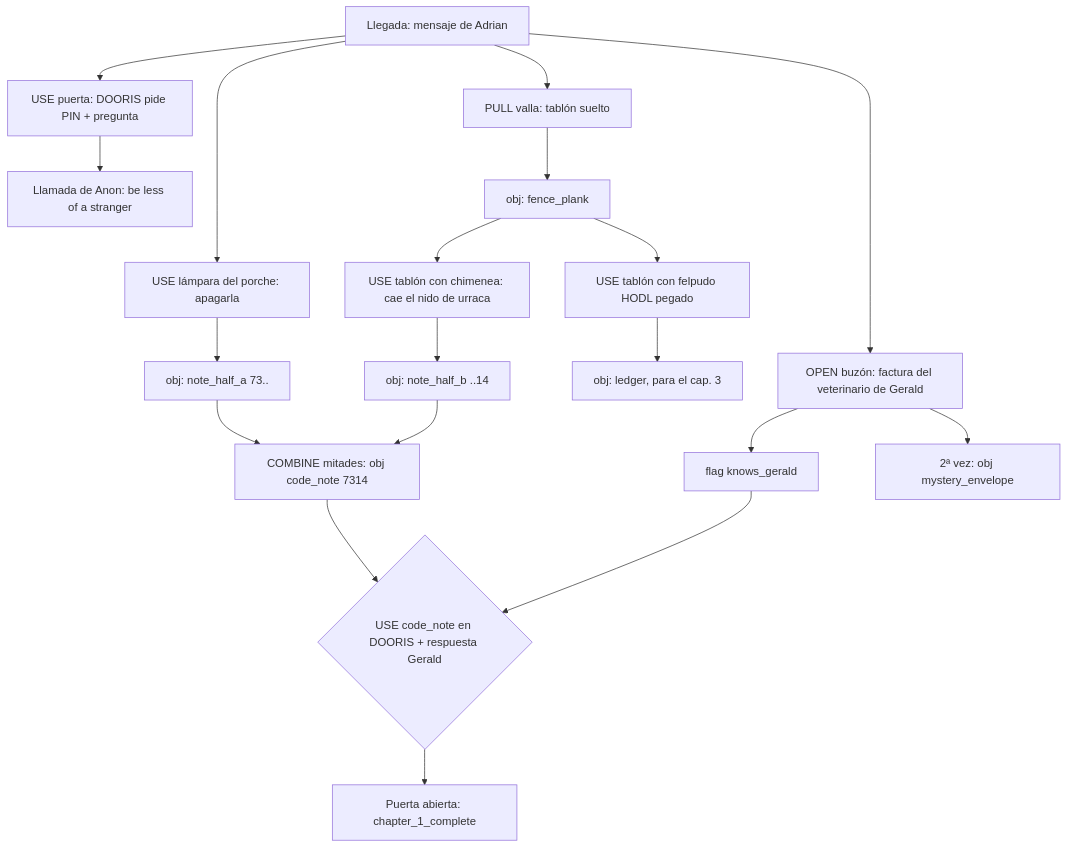
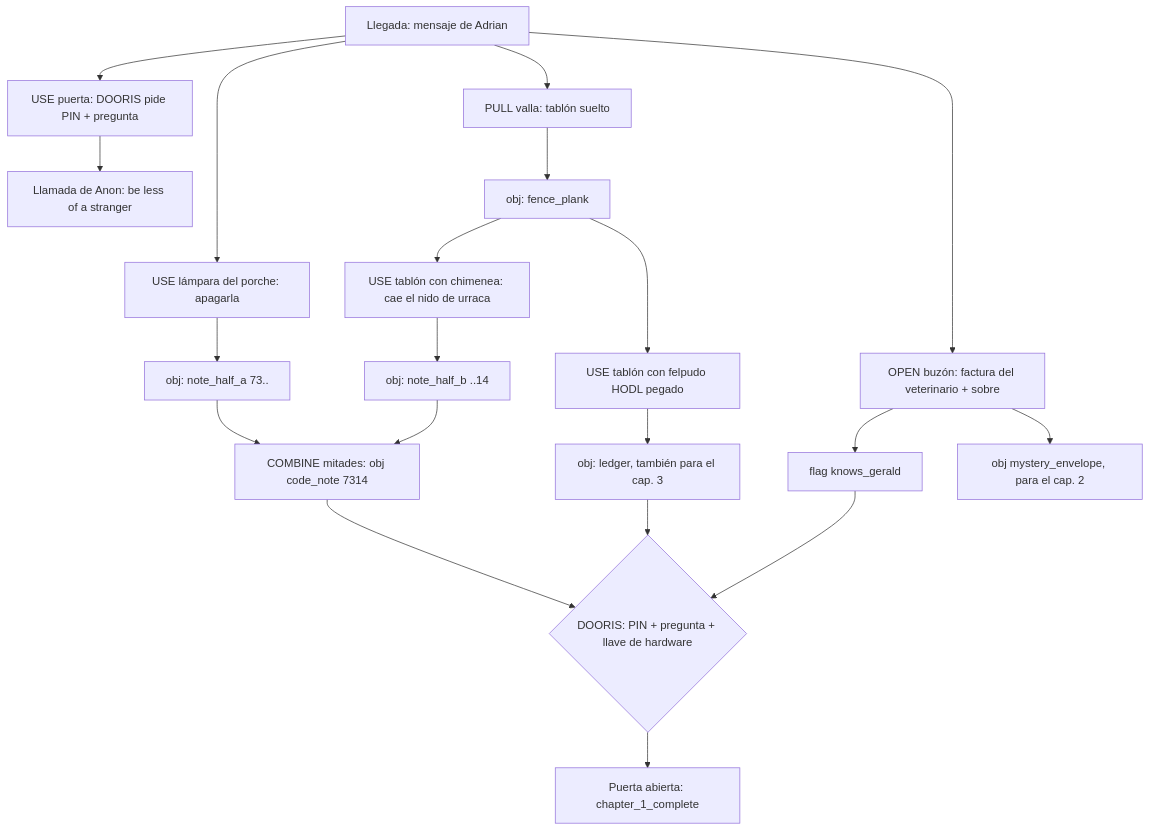
One commit to adriangallery/AdrianAdventure changed the first of 5 diagrams in docs/DESIGN_BIBLE.md. Above: the diagram before and after it, drawn with Mermaid. The commit also changed other lines of this file and 2 other files, not shown here.

````diff
--- a/docs/DESIGN_BIBLE.md
+++ b/docs/DESIGN_BIBLE.md
@@ -164,21 +187,22 @@
 ```mermaid
 graph TD
   START["Llegada: mensaje de Adrian"] --> DOOR1["USE puerta: DOORIS pide PIN + pregunta"]
   DOOR1 --> CALL["Llamada de Anon: be less of a stranger"]
   START --> LAMP["USE lámpara del porche: apagarla"]
   LAMP --> HALFA["obj: note_half_a  73.."]
   START --> FENCE["PULL valla: tablón suelto"]
   FENCE --> PLANK["obj: fence_plank"]
   PLANK --> NEST["USE tablón con chimenea: cae el nido de urraca"]
   NEST --> HALFB["obj: note_half_b  ..14"]
   HALFA --> CODE["COMBINE mitades: obj code_note 7314"]
   HALFB --> CODE
-  START --> MAIL["OPEN buzón: factura del veterinario de Gerald"]
+  START --> MAIL["OPEN buzón: factura del veterinario + sobre"]
   MAIL --> GERALD["flag knows_gerald"]
-  MAIL --> ENV["2ª vez: obj mystery_envelope"]
+  MAIL --> ENV["obj mystery_envelope, para el cap. 2"]
   PLANK --> MAT["USE tablón con felpudo HODL pegado"]
-  MAT --> LEDGER["obj: ledger, para el cap. 3"]
-  CODE --> KEYPAD{"USE code_note en DOORIS + respuesta Gerald"}
+  MAT --> LEDGER["obj: ledger, también para el cap. 3"]
+  CODE --> KEYPAD{"DOORIS: PIN + pregunta + llave de hardware"}
   GERALD --> KEYPAD
+  LEDGER --> KEYPAD
   KEYPAD --> END1["Puerta abierta: chapter_1_complete"]
 ```
````
